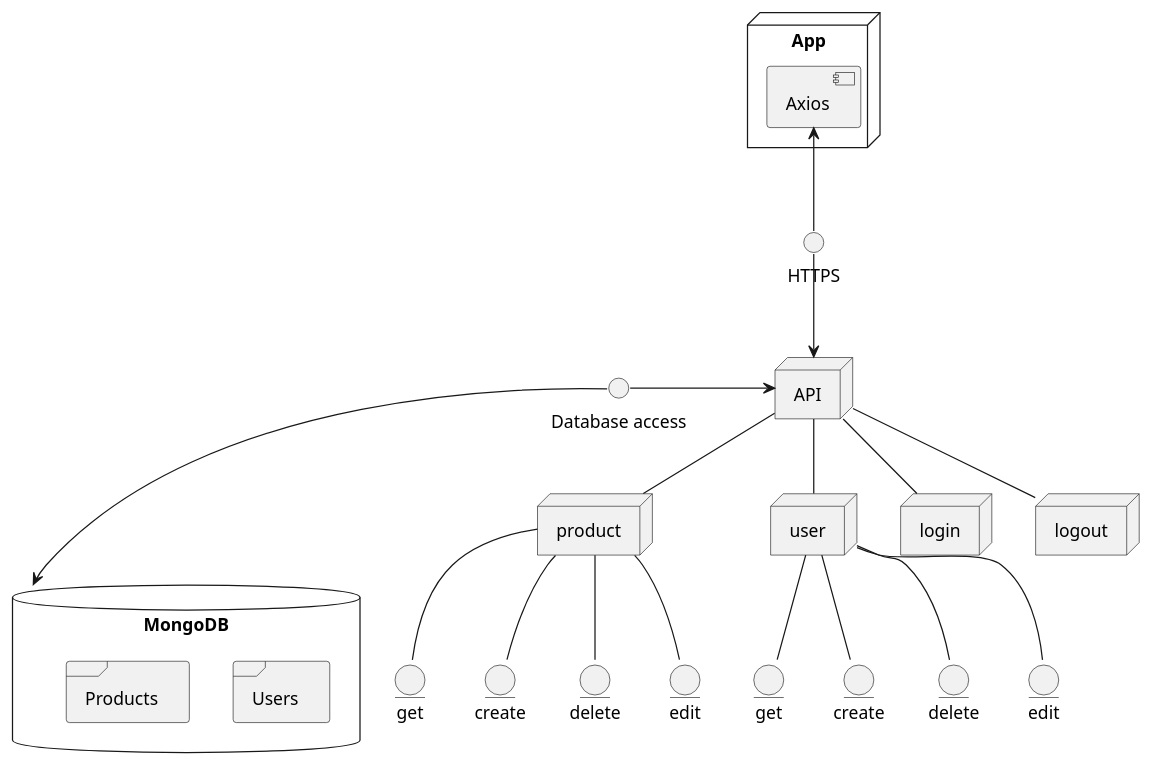
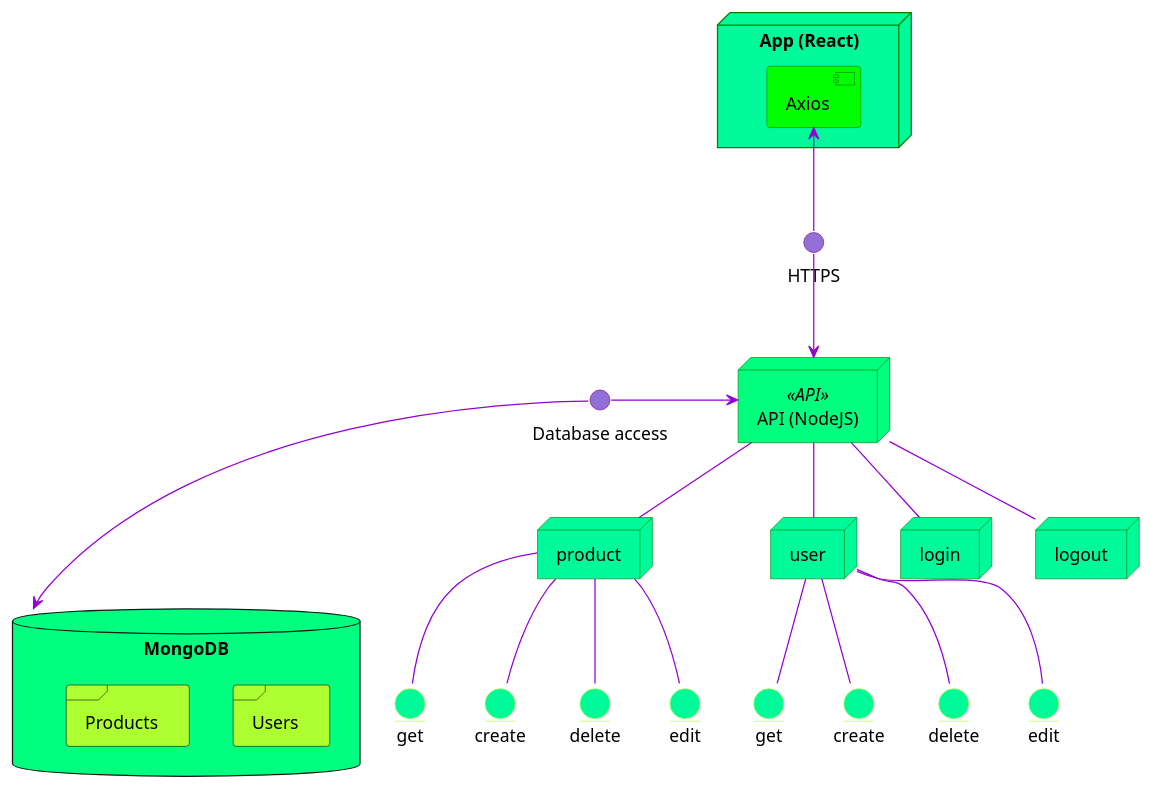
Before and after one commit to martimik/TuHlaRi-core: the diagram in dokumentit/03-suunnittelu-ja-toteutus/arkkitehtuuri-ja-tekninentoteutus.md, drawn with PlantUML.

````diff
--- a/dokumentit/03-suunnittelu-ja-toteutus/arkkitehtuuri-ja-tekninentoteutus.md
+++ b/dokumentit/03-suunnittelu-ja-toteutus/arkkitehtuuri-ja-tekninentoteutus.md
@@ -71,9 +71,37 @@
 ```plantuml
+
+skinparam databaseBackgroundColor SpringGreen
+
+skinparam interface {
+  backgroundColor MediumPurple
+  borderColor Purple
+}
+
+skinparam component {
+	backgroundColor Lime
+	borderColor Green
+	ArrowColor DarkViolet
+}
+
+skinparam frame {
+	backgroundColor GreenYellow
+}
+
+skinparam entity { 
+    backgroundColor MediumSpringGreen
+    borderColor GreenYellow
+}
+
+skinparam node {
+	borderColor Green
+	backgroundColor MediumSpringGreen
+    backgroundColor<<API>> SpringGreen
+}
 
 interface dbAccess as "Database access"
 interface apiAccess as "HTTPS"
   
-node API
+node API <<API>> as "API (NodeJS)"
 
 node product
 node user
@@ -106,8 +134,8 @@
 product -- editP
 
 
-node "App" {
-   [Axios]   
+node "App (React)" {
+   [Axios]
 }
   
 
````
